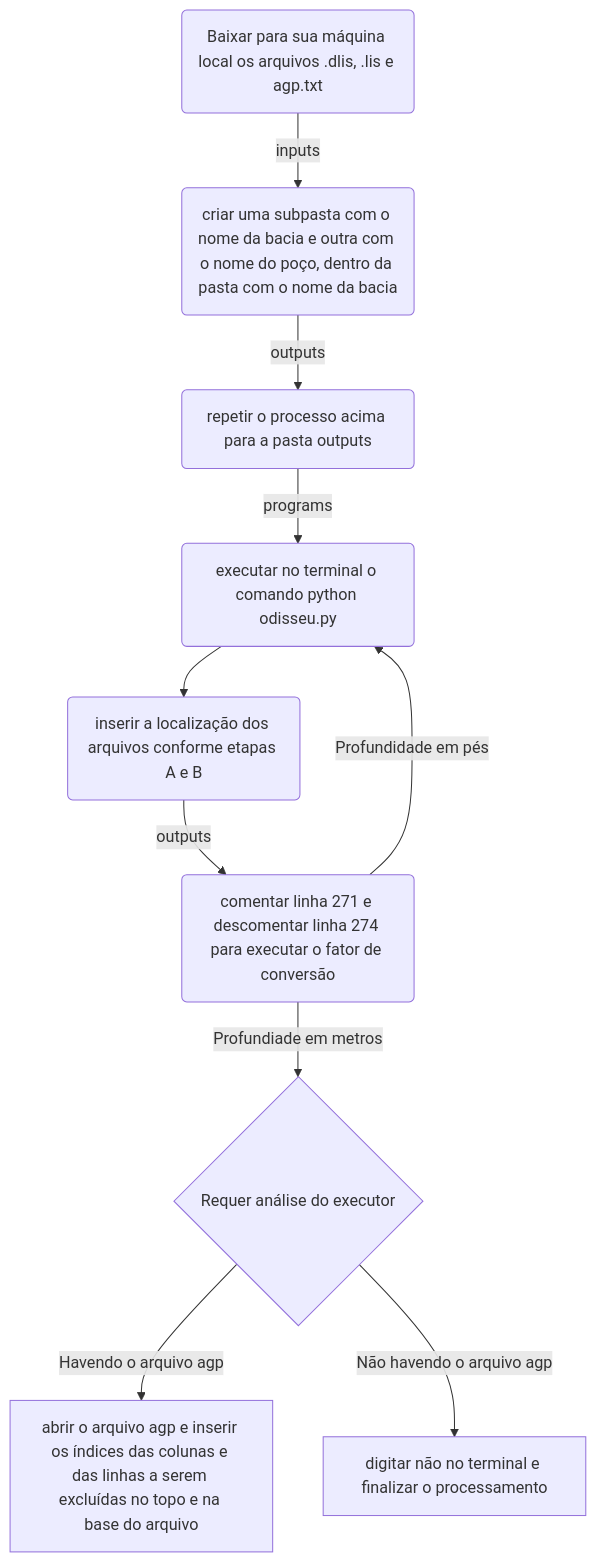
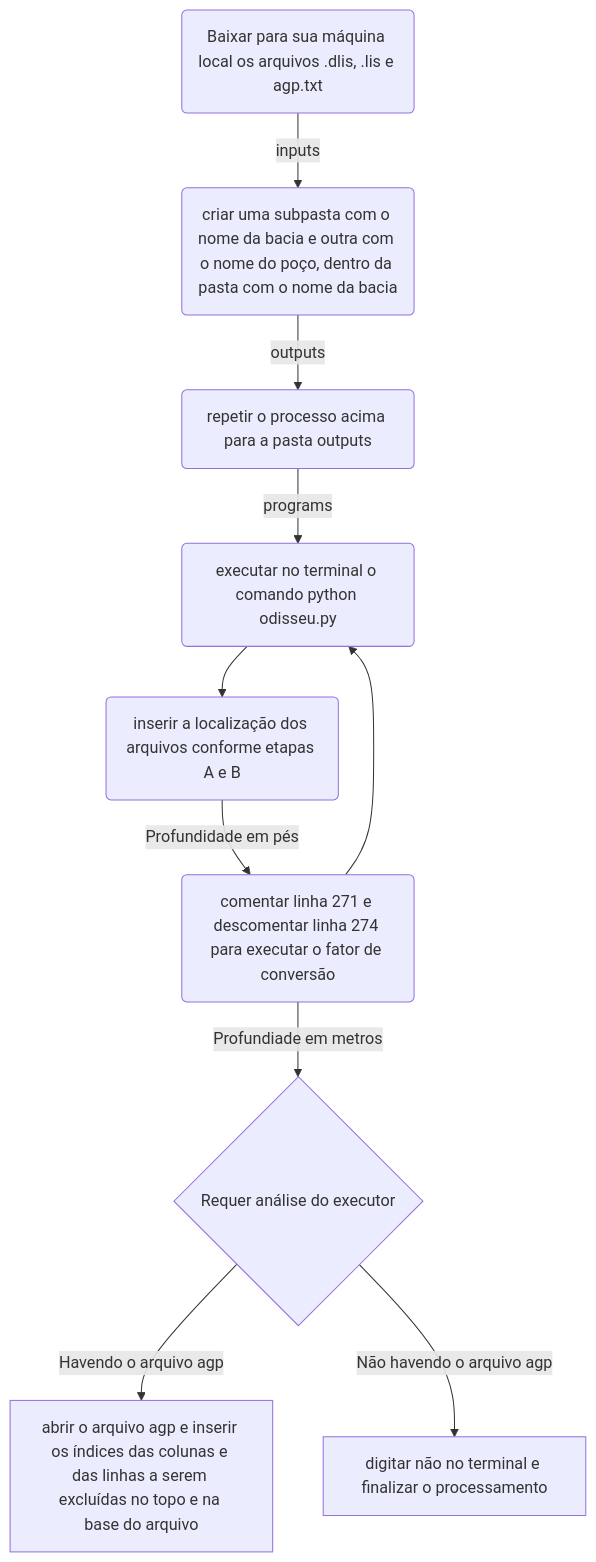
The diagram in README.md (PR-4/Odisseia), drawn with Mermaid before and after one commit.

````diff
--- a/README.md
+++ b/README.md
@@ -18,19 +18,19 @@
 ```mermaid
 flowchart TD
 
 A(Baixar para sua máquina local os arquivos .dlis, .lis e agp.txt) -->|inputs| B(criar uma subpasta com o nome da bacia e outra com o nome do poço, dentro da pasta com o nome da bacia)
     B --> |outputs| C(repetir o processo acima para a pasta outputs)
     C --> |programs| D(executar no terminal o comando python odisseu.py)
     D --> E(inserir a localização dos arquivos conforme etapas A e B)
-    E --> |outputs| F(verificar a profundidade no arquivo channels.xlsx ou channels.csv. )
+    E --> |Profundidade em pés| F(verificar a profundidade no arquivo channels.xlsx ou channels.csv. )
 
                F{Requer análise do executor}
-    F(comentar linha 271 e descomentar linha 274 para executar o fator de conversão) -->|Profundidade em pés| D(executar no terminal o comando python odisseu.py)
+    F(comentar linha 271 e descomentar linha 274 para executar o fator de conversão) --> D(executar no terminal o comando python odisseu.py)
     F -->|Profundiade em metros| G[alimentar a lista propriedades com as propriedades alvo]
 
                G{Requer análise do executor}
    G --> |Havendo o arquivo agp| H[abrir o arquivo agp e inserir os índices das colunas e das linhas a serem excluídas no topo e na base do arquivo]   
    G --> |Não havendo o arquivo agp| I[digitar não no terminal e finalizar o processamento]
 
 
 ```
````
